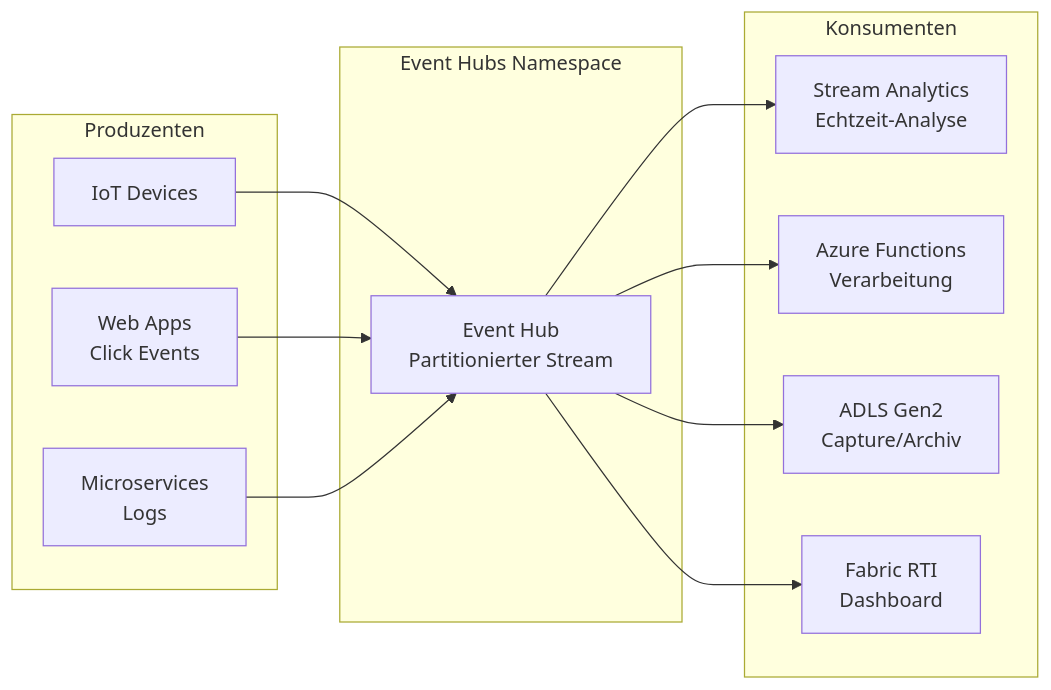
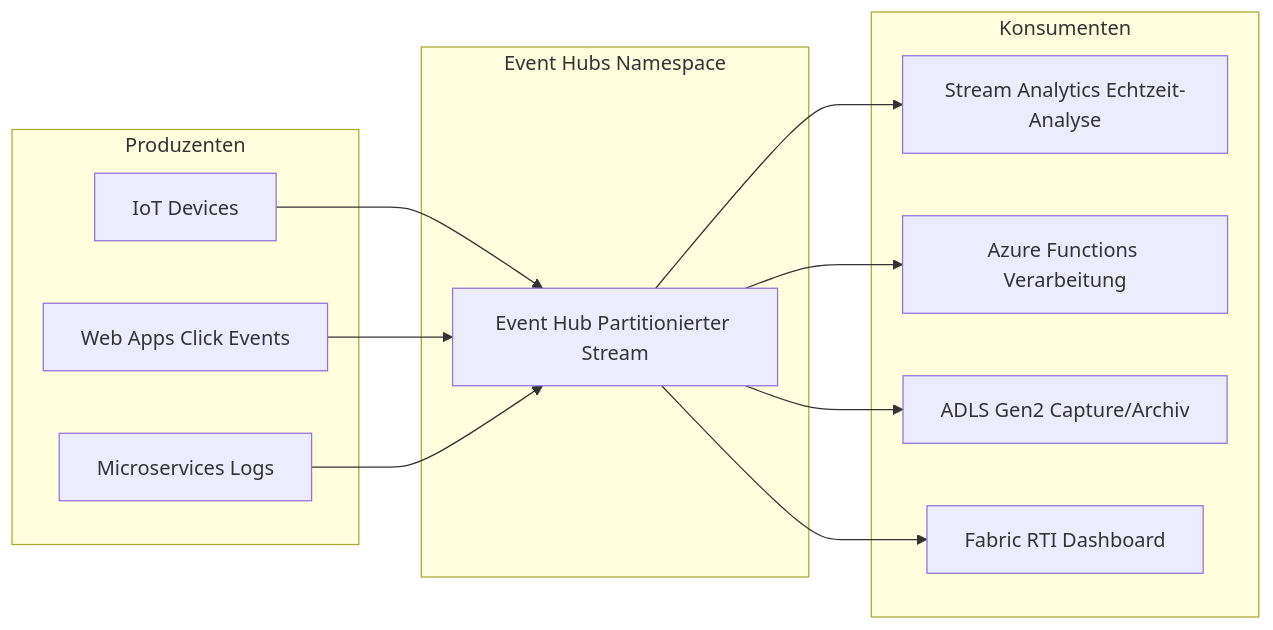
Before and after one commit to SoniiiT/notes-n-docs: the first of 5 diagrams in Microsoft 365/Azure/Integration und Messaging/Azure Event Hubs.md, drawn with Mermaid. The commit also changed other lines of this file and 124 other files, not shown here.

First line of the commit message:
fix: Entferne \n aus allen Mermaid-Diagrammen (125 Dateien)

````diff
--- a/Microsoft 365/Azure/Integration und Messaging/Azure Event Hubs.md
+++ b/Microsoft 365/Azure/Integration und Messaging/Azure Event Hubs.md
@@ -17,24 +17,24 @@
 ```mermaid
 flowchart LR
     subgraph Produzenten
         D1[IoT Devices]
-        D2[Web Apps\nClick Events]
-        D3[Microservices\nLogs]
+        D2[Web Apps Click Events]
+        D3[Microservices Logs]
     end
     subgraph Event Hubs Namespace
-        EH[Event Hub\nPartitionierter Stream]
+        EH[Event Hub Partitionierter Stream]
     end
     subgraph Konsumenten
-        SA[Stream Analytics\nEchtzeit-Analyse]
-        FA[Azure Functions\nVerarbeitung]
-        ADLS[ADLS Gen2\nCapture/Archiv]
-        FAB[Fabric RTI\nDashboard]
+        SA[Stream Analytics Echtzeit-Analyse]
+        FA[Azure Functions Verarbeitung]
+        ADLS[ADLS Gen2 Capture/Archiv]
+        FAB[Fabric RTI Dashboard]
     end
     D1 --> EH
     D2 --> EH
     D3 --> EH
     EH --> SA
     EH --> FA
     EH --> ADLS
     EH --> FAB
 ```
````
